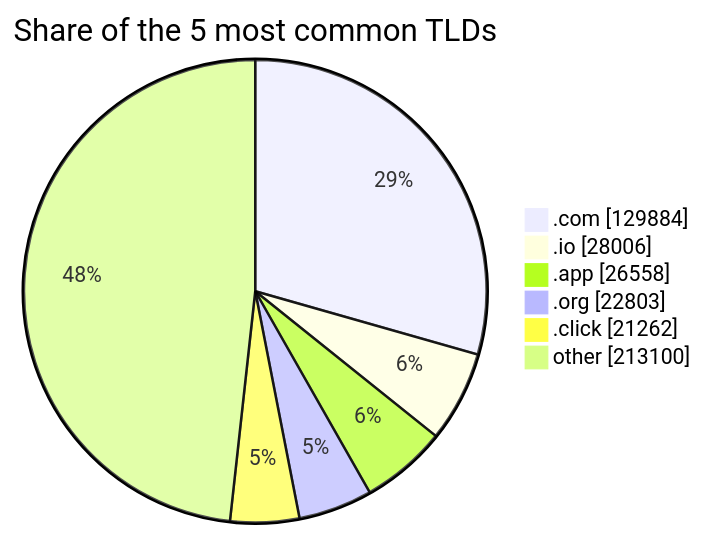
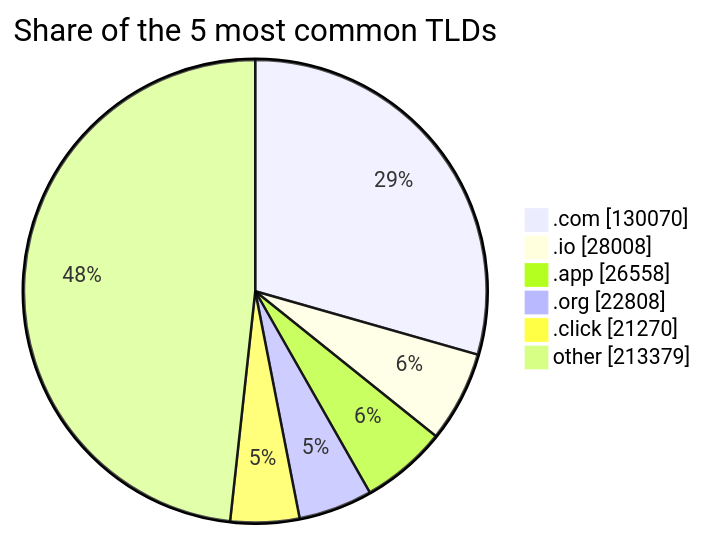
One commit to DNSBunker/CTI changed the third of 3 diagrams in README.md. Above: the diagram before and after it, drawn with Mermaid. The commit also changed other lines of this file and 3 other files, not shown here.

````diff
--- a/README.md
+++ b/README.md
@@ -81,9 +81,9 @@
 ```mermaid
 pie showData title Share of the 5 most common TLDs
-    ".com" : 129884
-    ".io" : 28006
+    ".com" : 130070
+    ".io" : 28008
     ".app" : 26558
-    ".org" : 22803
-    ".click" : 21262
-    "other" : 213100
+    ".org" : 22808
+    ".click" : 21270
+    "other" : 213379
 ```
````
